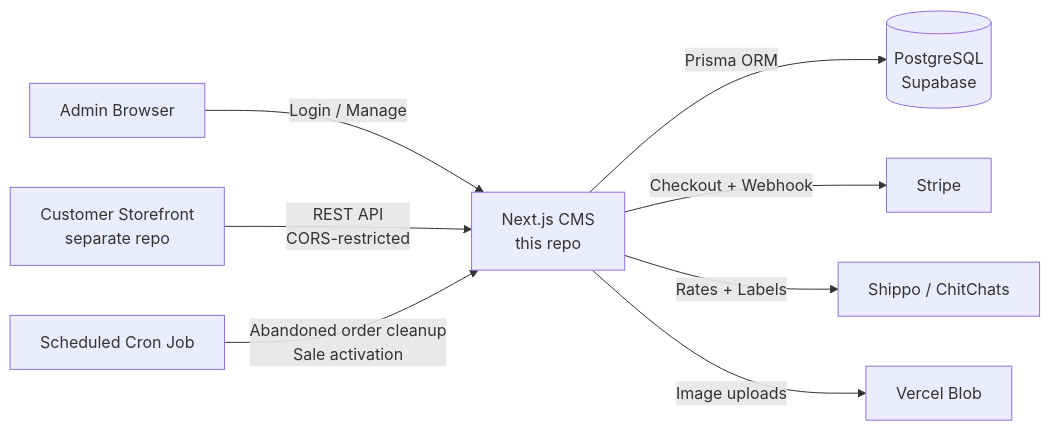
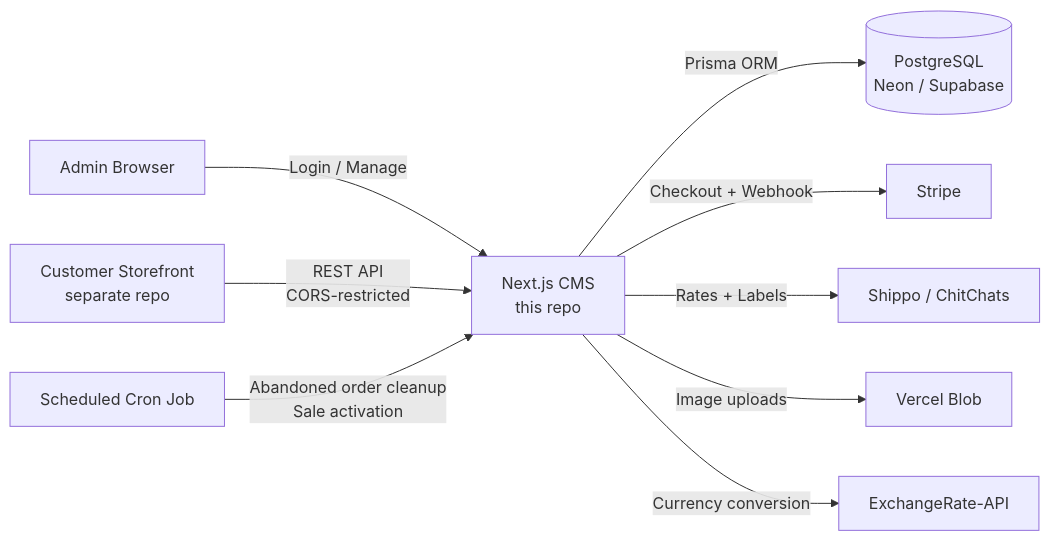
The diagram in README.md (macsampson/ecommerce-cms), drawn with Mermaid before and after one commit. The commit also changed other lines of this file, not shown here.

````diff
--- a/README.md
+++ b/README.md
@@ -80,11 +80,12 @@
 ```mermaid
 flowchart LR
     Admin[Admin Browser] -->|Login / Manage| CMS[Next.js CMS<br/>this repo]
     Storefront[Customer Storefront<br/>separate repo] -->|REST API<br/>CORS-restricted| CMS
 
-    CMS -->|Prisma ORM| DB[(PostgreSQL<br/>Supabase)]
+    CMS -->|Prisma ORM| DB[(PostgreSQL<br/>Neon / Supabase)]
     CMS -->|Checkout + Webhook| Stripe[Stripe]
     CMS -->|Rates + Labels| Shippo[Shippo / ChitChats]
     CMS -->|Image uploads| Blob[Vercel Blob]
+    CMS -->|Currency conversion| ExchangeRate[ExchangeRate-API]
     Cron[Scheduled Cron Job] -->|Abandoned order cleanup<br/>Sale activation| CMS
 ```
````
